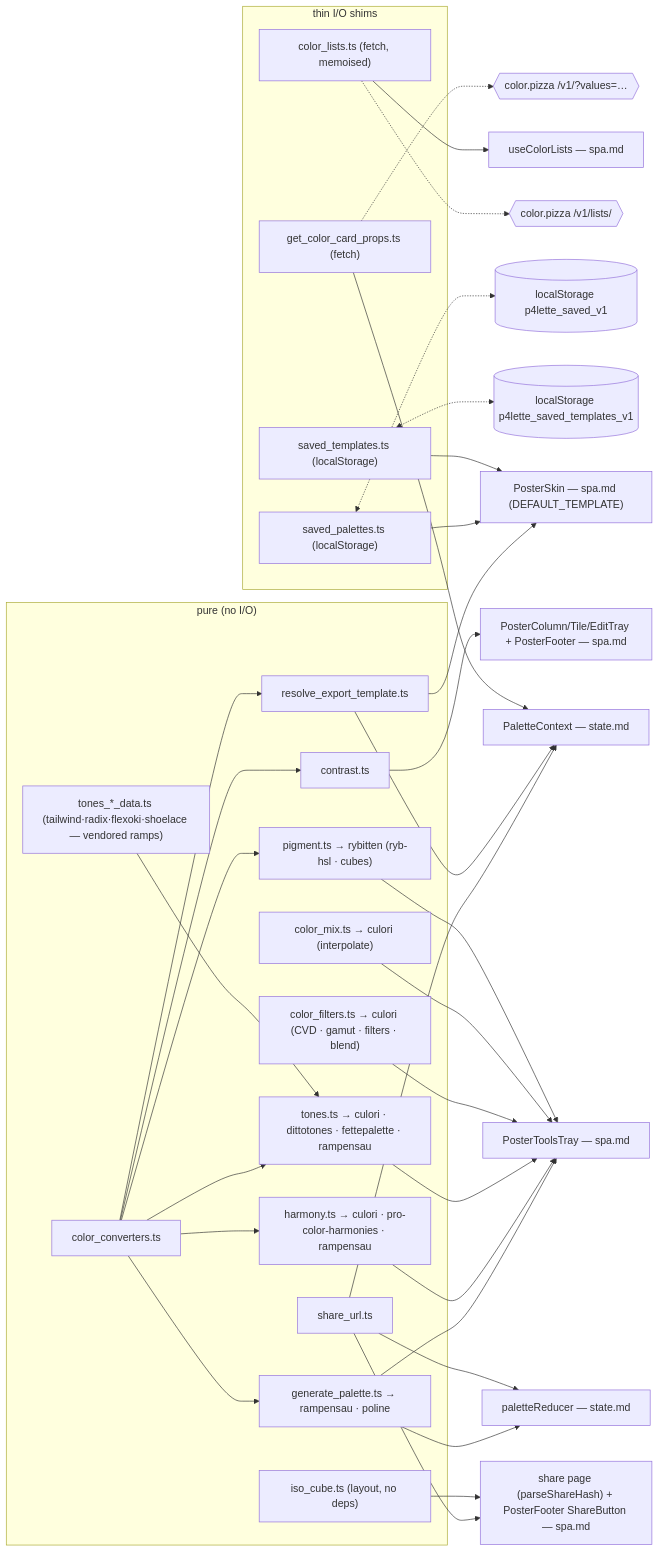
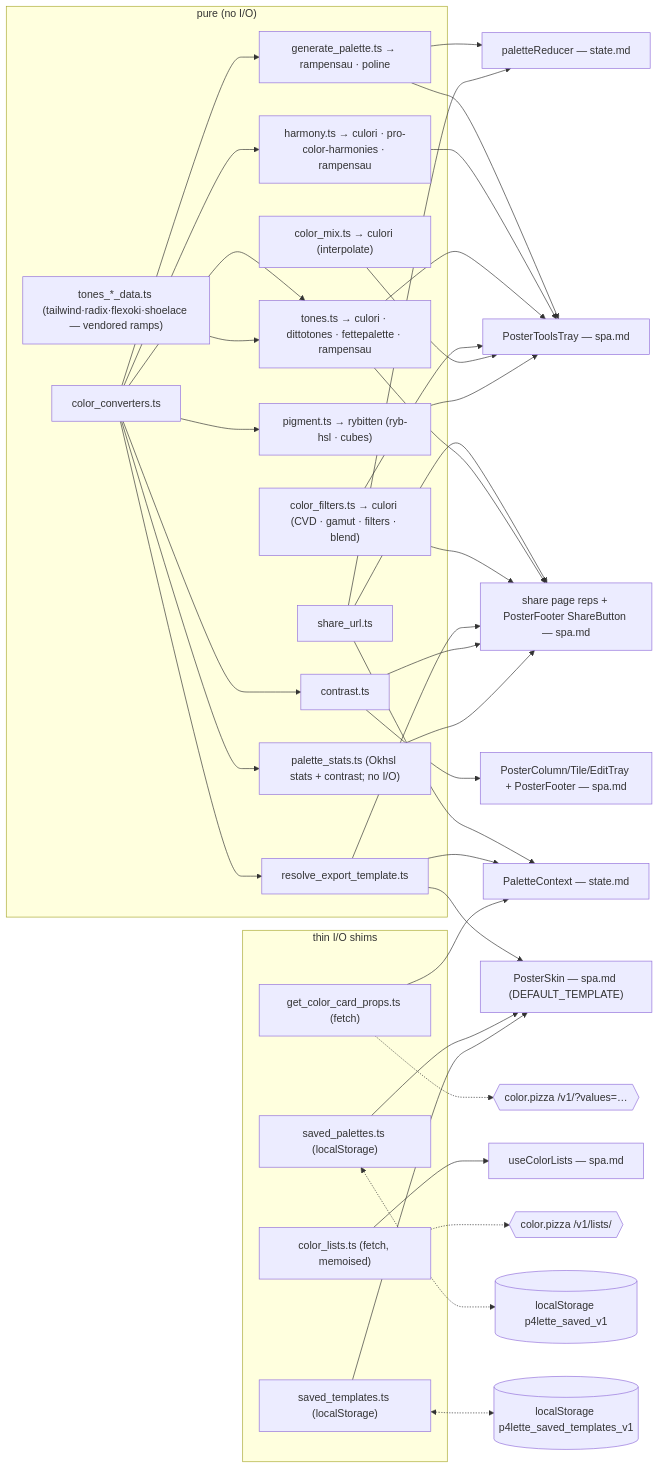
One commit to p4stoboy/p4lette changed the diagram in SPEC/TARGET/color.md. Above: the diagram before and after it, drawn with Mermaid. The commit also changed other lines of this file and 23 other files, not shown here.

````diff
--- a/SPEC/TARGET/color.md
+++ b/SPEC/TARGET/color.md
@@ -463,47 +466,47 @@
 ```mermaid
 flowchart LR
   subgraph pure["pure (no I/O)"]
     cc["color_converters.ts"]
     gp["generate_palette.ts → rampensau · poline"]
     hm["harmony.ts → culori · pro-color-harmonies · rampensau"]
     tn["tones.ts → culori · dittotones · fettepalette · rampensau"]
     cf["color_filters.ts → culori (CVD · gamut · filters · blend)"]
     mx["color_mix.ts → culori (interpolate)"]
     pg["pigment.ts → rybitten (ryb-hsl · cubes)"]
     td["tones_*_data.ts (tailwind·radix·flexoki·shoelace — vendored ramps)"]
     ct["contrast.ts"]
     rt["resolve_export_template.ts"]
     su["share_url.ts"]
-    iso["iso_cube.ts (layout, no deps)"]
+    ps["palette_stats.ts (Okhsl stats + contrast; no I/O)"]
   end
   subgraph io["thin I/O shims"]
     gcn["get_color_card_props.ts (fetch)"]
     cl["color_lists.ts (fetch, memoised)"]
     sp["saved_palettes.ts (localStorage)"]
     st["saved_templates.ts (localStorage)"]
   end
-  cc --> gp & hm & tn & ct & rt & pg
+  cc --> gp & hm & tn & ct & rt & pg & ps
   td --> tn
   gp --> red["paletteReducer — state.md"]
   gp --> ttray["PosterToolsTray — spa.md"]
   su --> red
   su --> pctx["PaletteContext — state.md"]
-  su --> sharepg["share page (parseShareHash) + PosterFooter ShareButton — spa.md"]
-  iso --> sharepg
+  su --> sharepg["share page reps + PosterFooter ShareButton — spa.md"]
+  tn & cf & rt & ct & ps --> sharepg
   rt --> pctx
   gcn --> pctx
   rt --> skin["PosterSkin — spa.md (DEFAULT_TEMPLATE)"]
   hm --> ttray
   tn --> ttray
   cf --> ttray
   mx --> ttray
   pg --> ttray
   ct --> swatch["PosterColumn/Tile/EditTray + PosterFooter — spa.md"]
   cl --> ucl["useColorLists — spa.md"]
   sp --> skin
   st --> skin
   gcn -.-> pizza1{{"color.pizza /v1/?values=…"}}
   cl -.-> pizza2{{"color.pizza /v1/lists/"}}
   sp <-.-> ls1[("localStorage p4lette_saved_v1")]
   st <-.-> ls2[("localStorage p4lette_saved_templates_v1")]
 ```
````
